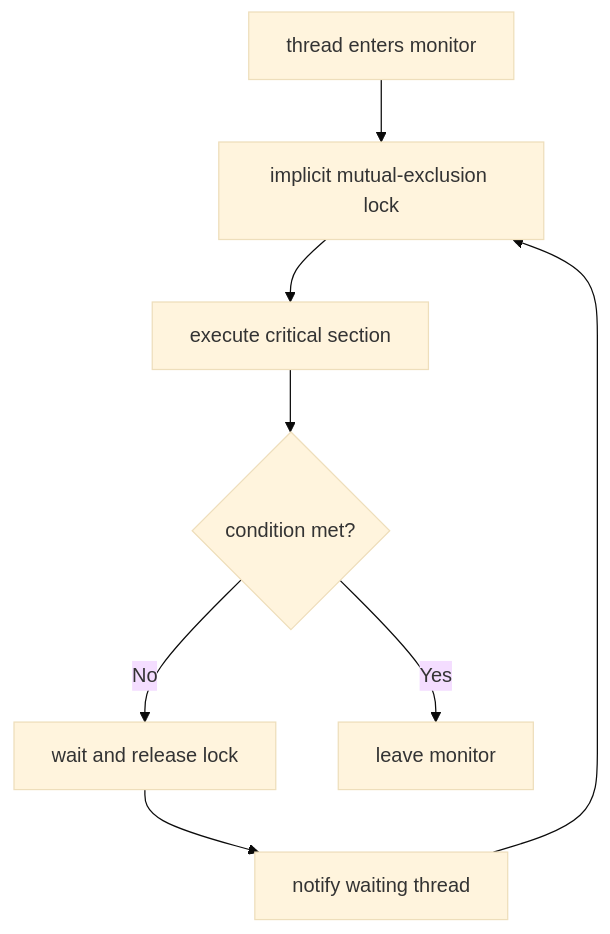
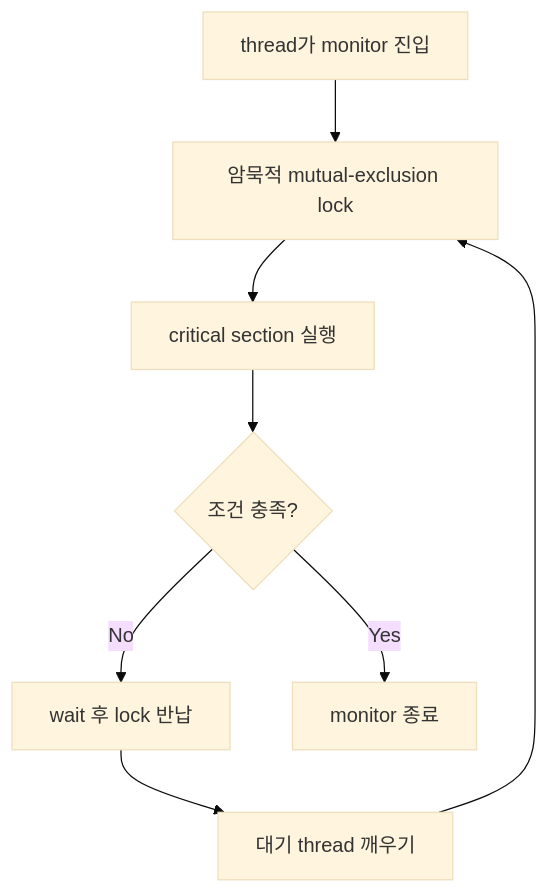
Before and after one commit to mandoobox/mandoobox.github.io: diagram 21 of 37 in _posts/cs-note/2026-02-27-os.md, drawn with Mermaid (base theme). The commit also changed other lines of this file and 18 other files, not shown here.

````diff
--- a/_posts/cs-note/2026-02-27-os.md
+++ b/_posts/cs-note/2026-02-27-os.md
@@ -640,10 +646,10 @@
 ```mermaid
 flowchart TD
-  ENTER["thread enters monitor"] --> LOCK["implicit mutual-exclusion lock"]
-  LOCK --> CS["execute critical section"]
-  CS --> WAIT{"condition met?"}
-  WAIT -->|No| CVWAIT["wait and release lock"]
-  CVWAIT --> WAKE["notify waiting thread"]
+  ENTER["thread가 monitor 진입"] --> LOCK["암묵적 mutual-exclusion lock"]
+  LOCK --> CS["critical section 실행"]
+  CS --> WAIT{"조건 충족?"}
+  WAIT -->|No| CVWAIT["wait 후 lock 반납"]
+  CVWAIT --> WAKE["대기 thread 깨우기"]
   WAKE --> LOCK
-  WAIT -->|Yes| EXIT["leave monitor"]
+  WAIT -->|Yes| EXIT["monitor 종료"]
 ```
````
